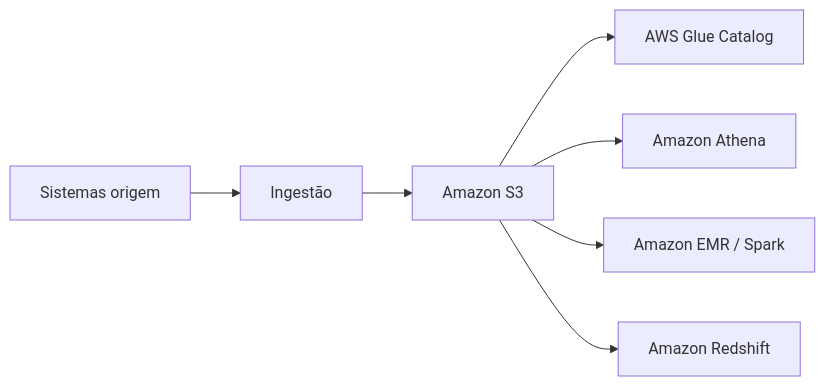
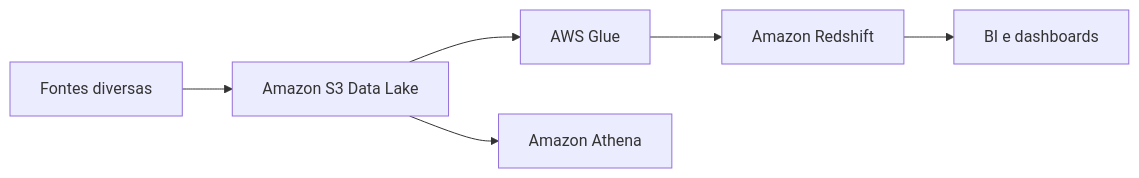
One commit to Ito-Santana/aws-dea-guia-estudos changed the diagram in fundamentos-engenharia-de-dados/lakes-vs-warehouse.md. Above: the diagram before and after it, drawn with Mermaid. The commit also changed other lines of this file and 9 other files, not shown here.

````diff
--- a/fundamentos-engenharia-de-dados/lakes-vs-warehouse.md
+++ b/fundamentos-engenharia-de-dados/lakes-vs-warehouse.md
@@ -77,9 +82,8 @@
-<div class="mermaid">
+```mermaid
 flowchart LR
-    A[Sistemas origem] --> B[Ingestão]
-    B --> C[Amazon S3]
-    C --> D[AWS Glue Catalog]
-    C --> E[Amazon Athena]
-    C --> F[Amazon EMR / Spark]
-    C --> G[Amazon Redshift]
-</div>
+    A[Fontes diversas] --> B[Amazon S3 Data Lake]
+    B --> C[AWS Glue]
+    C --> D[Amazon Redshift]
+    B --> E[Amazon Athena]
+    D --> F[BI e dashboards]
+```
````
